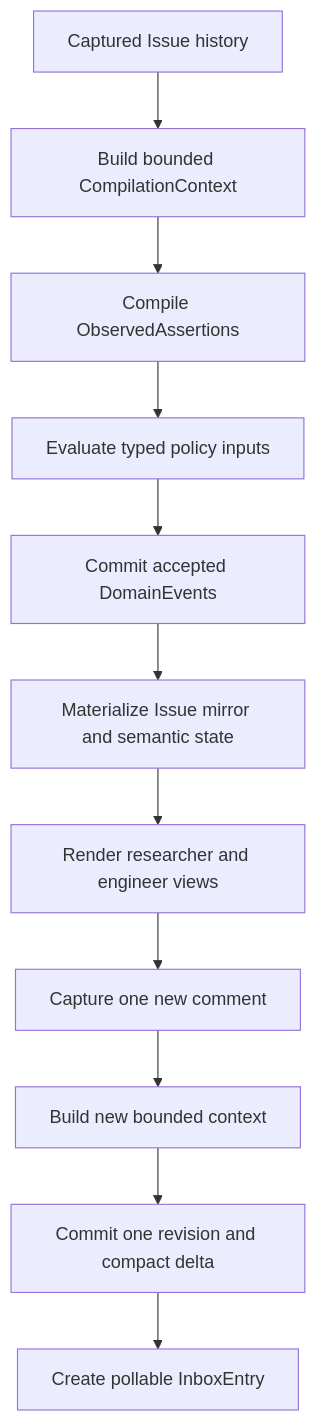
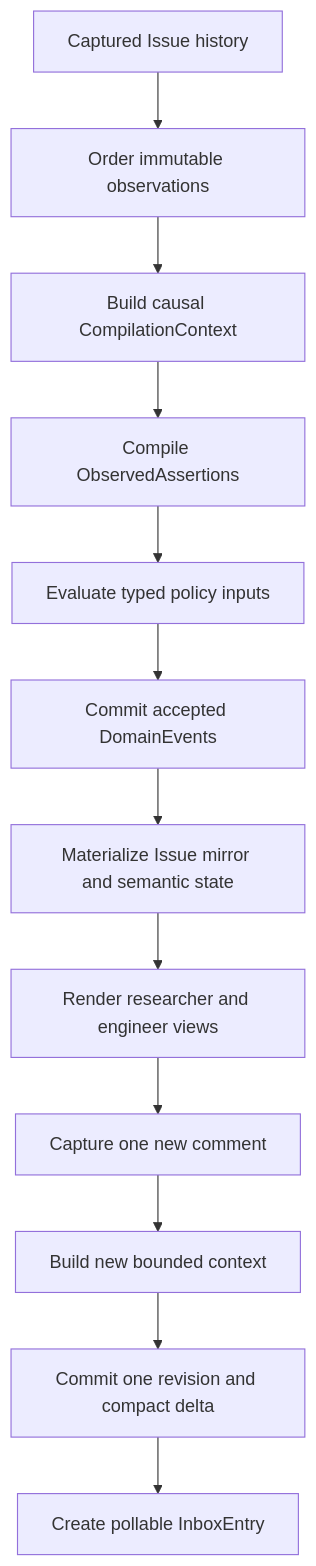
One commit to infagent/merl changed the diagram in docs/first-release.md. Above: the diagram before and after it, drawn with Mermaid. The commit also changed other lines of this file and 3 other files, not shown here.

Commit message:
docs: finalize architecture invariants

````diff
--- a/docs/first-release.md
+++ b/docs/first-release.md
@@ -33,13 +45,14 @@
 ```mermaid
 flowchart TB
-    H[Captured Issue history] --> X[Build bounded CompilationContext]
+    H[Captured Issue history] --> O[Order immutable observations]
+    O --> X[Build causal CompilationContext]
     X --> C[Compile ObservedAssertions]
     C --> P[Evaluate typed policy inputs]
     P --> S[Commit accepted DomainEvents]
     S --> V[Materialize Issue mirror and semantic state]
     V --> R[Render researcher and engineer views]
     R --> N[Capture one new comment]
     N --> X2[Build new bounded context]
     X2 --> D[Commit one revision and compact delta]
     D --> I[Create pollable InboxEntry]
 ```
````
